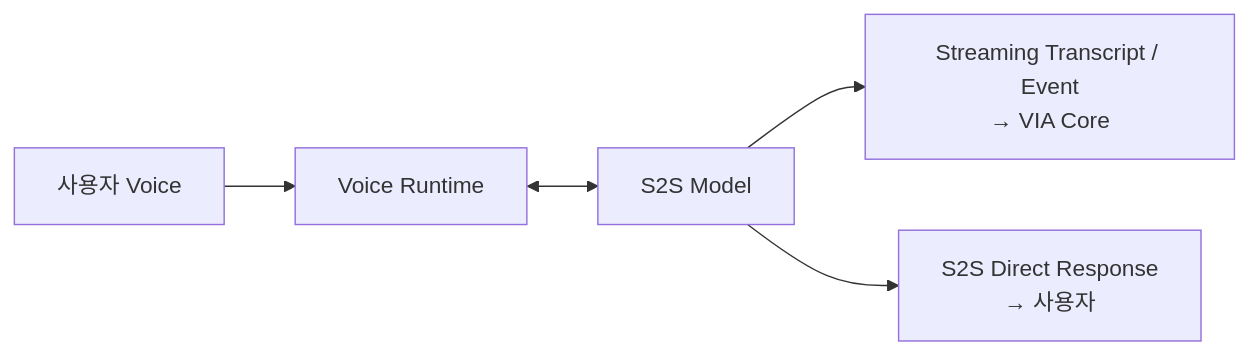
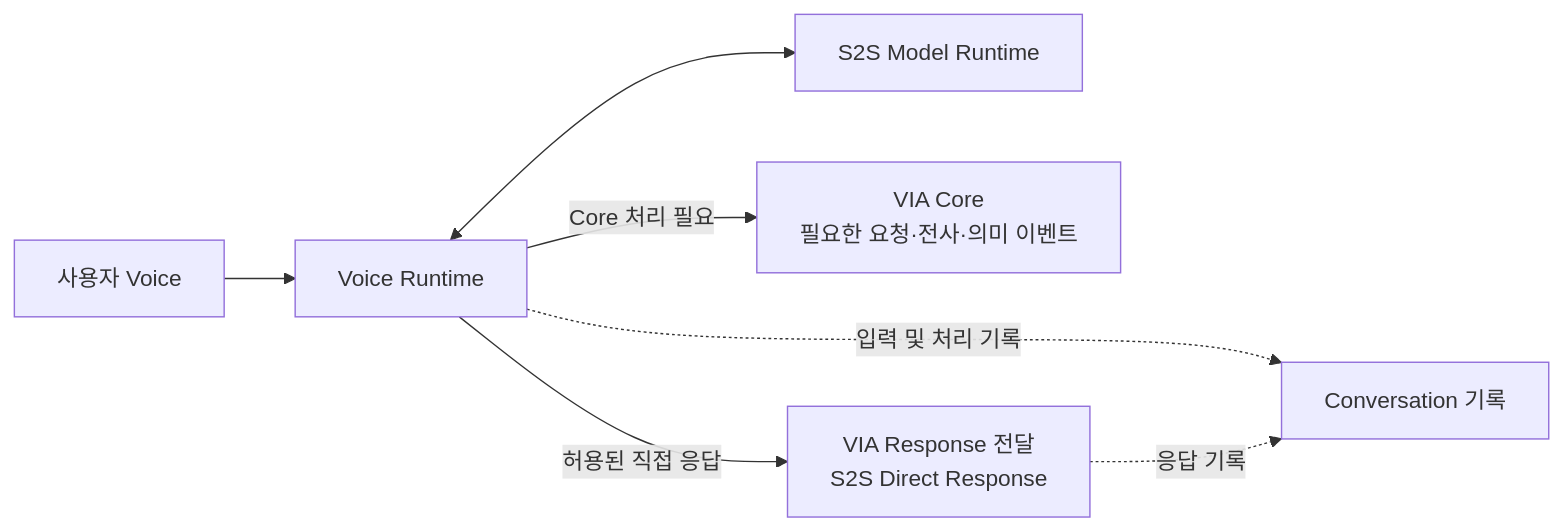
One commit to cbyche/via-sw-architecture changed the second of 5 diagrams in docs/rebaseline/04-canonical-interaction-flow.md. Above: the diagram before and after it, drawn with Mermaid. The commit also changed other lines of this file, not shown here.

````diff
--- a/docs/rebaseline/04-canonical-interaction-flow.md
+++ b/docs/rebaseline/04-canonical-interaction-flow.md
@@ -128,14 +117,16 @@
 ```mermaid
 flowchart LR
     U["사용자 Voice"]
     VR["Voice Runtime"]
-    S["S2S Model"]
-
-    T["Streaming Transcript / Event<br/>→ VIA Core"]
-    D["S2S Direct Response<br/>→ 사용자"]
+    S["S2S Model Runtime"]
+    T["VIA Core<br/>필요한 요청·전사·의미 이벤트"]
+    D["VIA Response 전달<br/>S2S Direct Response"]
+    C["Conversation 기록"]
 
     U --> VR
     VR <--> S
-    S --> T
-    S --> D
+    VR -->|"Core 처리 필요"| T
+    VR -->|"허용된 직접 응답"| D
+    VR -. "입력 및 처리 기록" .-> C
+    D -. "응답 기록" .-> C
 ```
````
